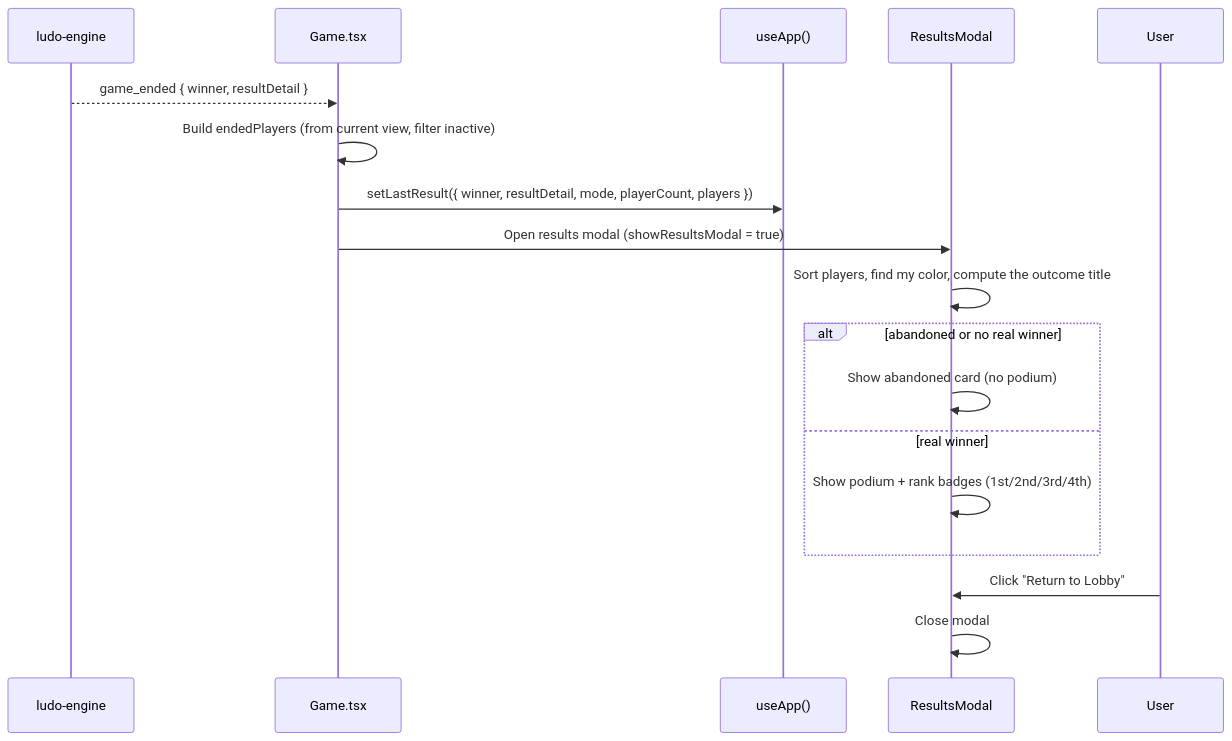
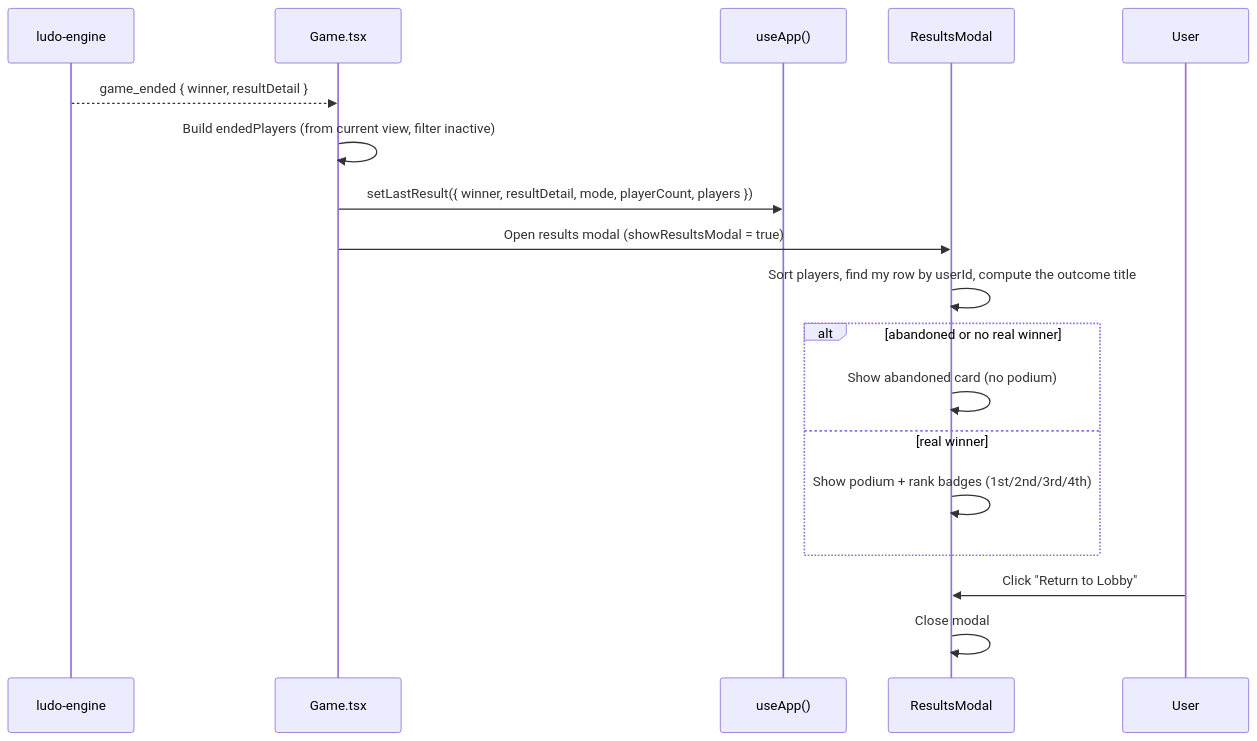
One commit to J00ZzZ/ft_transcendence changed the diagram in docs/frontend/frontend-results-module.md. Above: the diagram before and after it, drawn with Mermaid. The commit also changed other lines of this file and 13 other files, not shown here.

````diff
--- a/docs/frontend/frontend-results-module.md
+++ b/docs/frontend/frontend-results-module.md
@@ -76,20 +81,20 @@
 ```mermaid
 sequenceDiagram
     participant Engine as ludo-engine
     participant Game as Game.tsx
     participant Store as useApp()
     participant Modal as ResultsModal
 
     Engine-->>Game: game_ended { winner, resultDetail }
     Game->>Game: Build endedPlayers (from current view, filter inactive)
     Game->>Store: setLastResult({ winner, resultDetail, mode, playerCount, players })
     Game->>Modal: Open results modal (showResultsModal = true)
-    Modal->>Modal: Sort players, find my color, compute the outcome title
+    Modal->>Modal: Sort players, find my row by userId, compute the outcome title
     alt abandoned or no real winner
         Modal->>Modal: Show abandoned card (no podium)
     else real winner
         Modal->>Modal: Show podium + rank badges (1st/2nd/3rd/4th)
     end
     User->>Modal: Click "Return to Lobby"
     Modal->>Modal: Close modal
 ```
````
